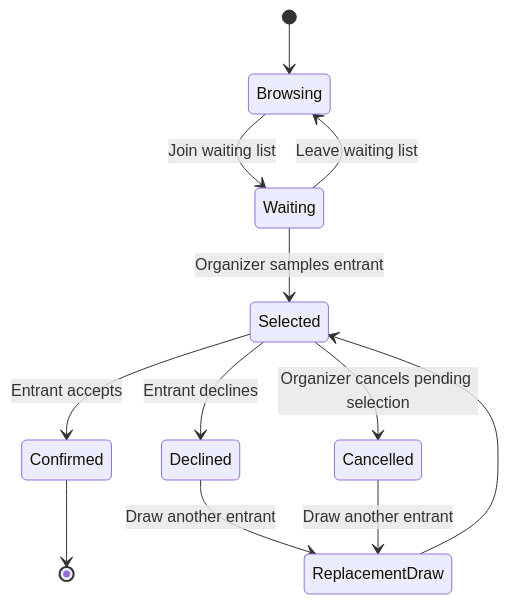
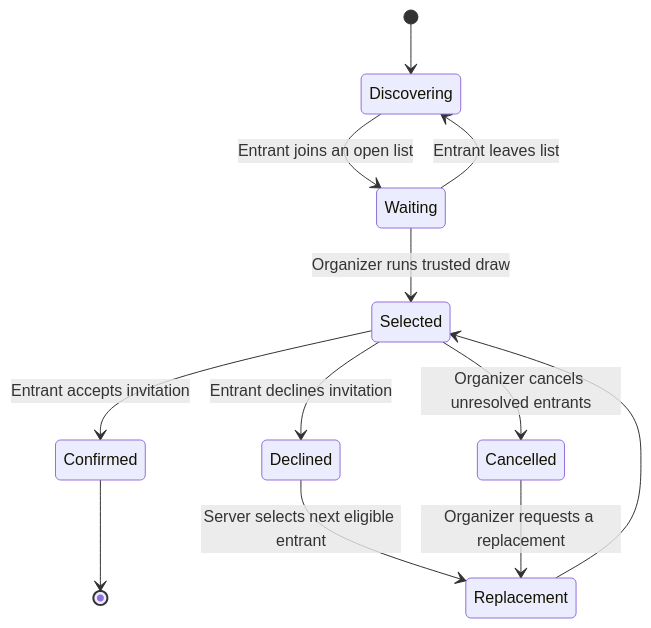
One commit to Aaryan-MK7/Ticketjack changed the first of 2 diagrams in README.md. Above: the diagram before and after it, drawn with Mermaid. The commit also changed other lines of this file and 87 other files, not shown here.

````diff
--- a/README.md
+++ b/README.md
@@ -71,14 +14,14 @@
 ```mermaid
 stateDiagram-v2
-    [*] --> Browsing
-    Browsing --> Waiting: Join waiting list
-    Waiting --> Browsing: Leave waiting list
-    Waiting --> Selected: Organizer samples entrant
-    Selected --> Confirmed: Entrant accepts
-    Selected --> Declined: Entrant declines
-    Selected --> Cancelled: Organizer cancels pending selection
-    Declined --> ReplacementDraw: Draw another entrant
-    Cancelled --> ReplacementDraw: Draw another entrant
-    ReplacementDraw --> Selected
+    [*] --> Discovering
+    Discovering --> Waiting: Entrant joins an open list
+    Waiting --> Selected: Organizer runs trusted draw
+    Waiting --> Discovering: Entrant leaves list
+    Selected --> Confirmed: Entrant accepts invitation
+    Selected --> Declined: Entrant declines invitation
+    Selected --> Cancelled: Organizer cancels unresolved entrants
+    Declined --> Replacement: Server selects next eligible entrant
+    Cancelled --> Replacement: Organizer requests a replacement
+    Replacement --> Selected
     Confirmed --> [*]
 ```
````
